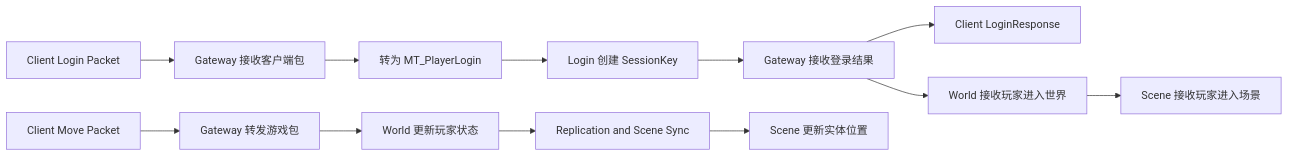
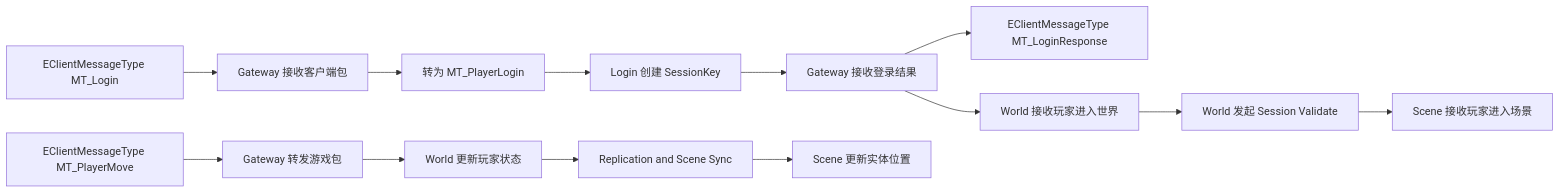
Before and after one commit to lz1287209575/Mession: the fourth of 7 diagrams in README.md, drawn with Mermaid. The commit also changed other lines of this file, not shown here.

````diff
--- a/README.md
+++ b/README.md
@@ -148,15 +150,16 @@
 ```mermaid
 flowchart LR
-    CLogin[Client Login Packet] --> G1[Gateway 接收客户端包]
+    CLogin[EClientMessageType MT_Login] --> G1[Gateway 接收客户端包]
     G1 --> G2[转为 MT_PlayerLogin]
     G2 --> L1[Login 创建 SessionKey]
     L1 --> G3[Gateway 接收登录结果]
-    G3 --> CResp[Client LoginResponse]
+    G3 --> CResp[EClientMessageType MT_LoginResponse]
     G3 --> W1[World 接收玩家进入世界]
-    W1 --> S1[Scene 接收玩家进入场景]
+    W1 --> WV[World 发起 Session Validate]
+    WV --> S1[Scene 接收玩家进入场景]
 
-    CMove[Client Move Packet] --> G4[Gateway 转发游戏包]
+    CMove[EClientMessageType MT_PlayerMove] --> G4[Gateway 转发游戏包]
     G4 --> W2[World 更新玩家状态]
     W2 --> W3[Replication and Scene Sync]
     W3 --> S2[Scene 更新实体位置]
 ```
````
